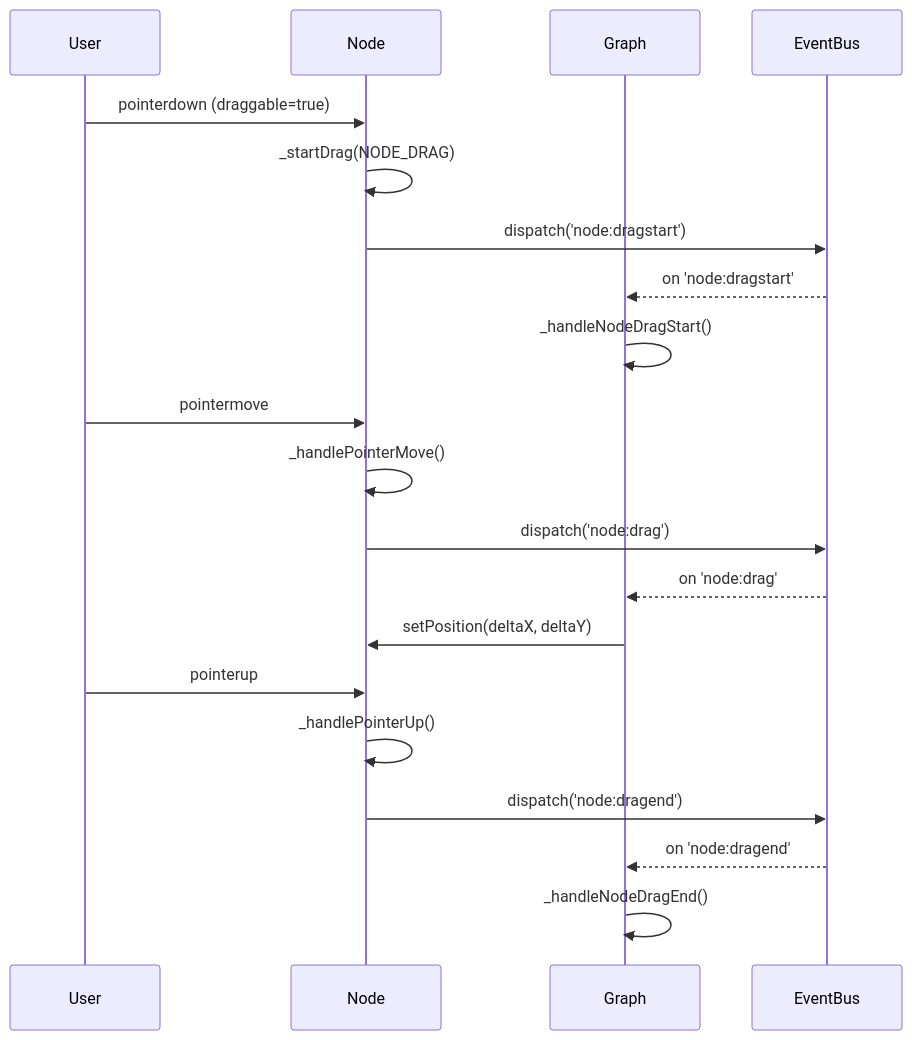
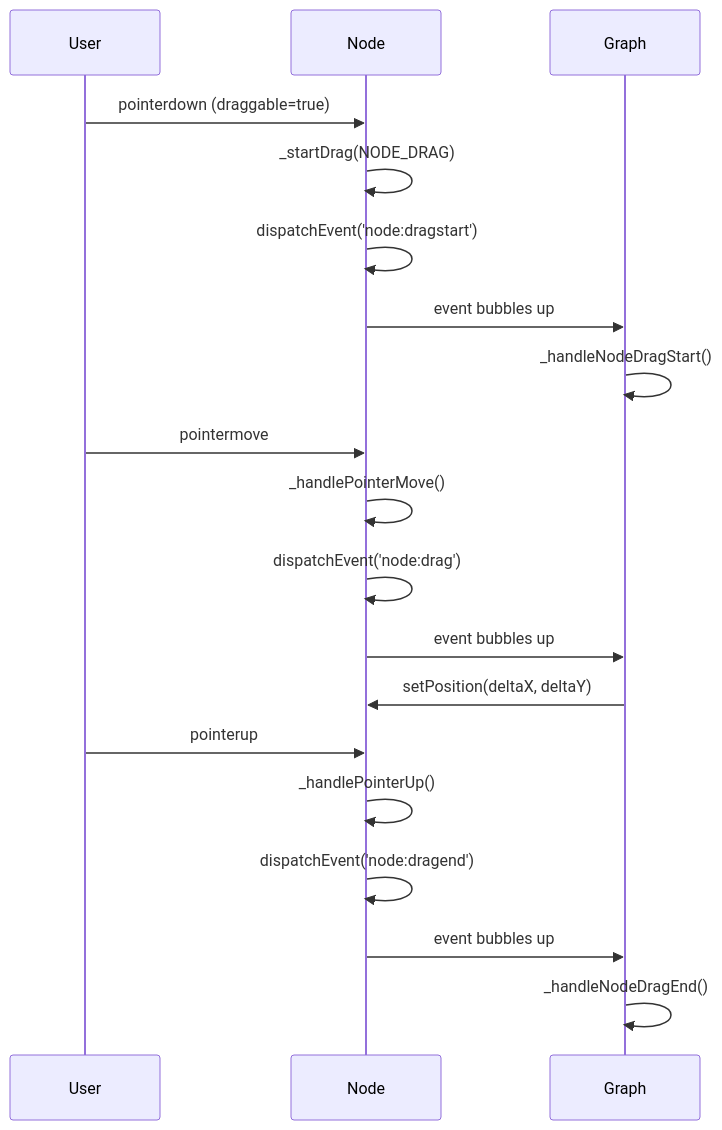
Before and after one commit to lloydzhou/ge: the seventh of 9 diagrams in packages/ge-core/docs/ARCHITECTURE.md, drawn with Mermaid. The commit also changed other lines of this file and 1 other file, not shown here.

First line of the commit message:
docs: remove eventBus references and correct event naming

````diff
--- a/packages/ge-core/docs/ARCHITECTURE.md
+++ b/packages/ge-core/docs/ARCHITECTURE.md
@@ -319,25 +320,24 @@
 ```mermaid
 sequenceDiagram
     participant U as User
     participant N as Node
     participant G as Graph
-    participant E as EventBus
 
     U->>N: pointerdown (draggable=true)
     N->>N: _startDrag(NODE_DRAG)
-    N->>E: dispatch('node:dragstart')
-    E-->>G: on 'node:dragstart'
+    N->>N: dispatchEvent('node:dragstart')
+    N->>G: event bubbles up
     G->>G: _handleNodeDragStart()
 
     U->>N: pointermove
     N->>N: _handlePointerMove()
-    N->>E: dispatch('node:drag')
-    E-->>G: on 'node:drag'
+    N->>N: dispatchEvent('node:drag')
+    N->>G: event bubbles up
     G->>N: setPosition(deltaX, deltaY)
 
     U->>N: pointerup
     N->>N: _handlePointerUp()
-    N->>E: dispatch('node:dragend')
-    E-->>G: on 'node:dragend'
+    N->>N: dispatchEvent('node:dragend')
+    N->>G: event bubbles up
     G->>G: _handleNodeDragEnd()
 ```
````
